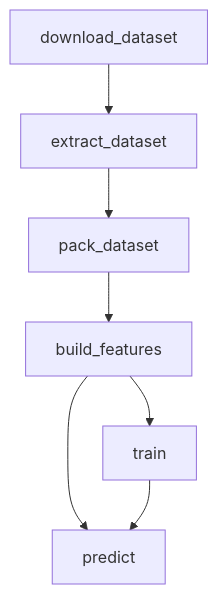
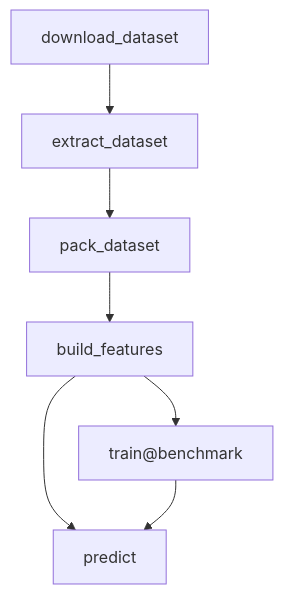
The first of 2 diagrams in PIPELINE.md (u-masao/two-tower-model-tutorial), drawn with Mermaid before and after one commit.

Commit message:
update dvc pipeline

````diff
--- a/PIPELINE.md
+++ b/PIPELINE.md
@@ -7,15 +7,15 @@
 ```mermaid
 flowchart TD
 	node1["build_features"]
 	node2["download_dataset"]
 	node3["extract_dataset"]
 	node4["pack_dataset"]
 	node5["predict"]
-	node6["train"]
+	node6["train@benchmark"]
 	node1-->node5
 	node1-->node6
 	node2-->node3
 	node3-->node4
 	node4-->node1
 	node6-->node5
 ```
````
